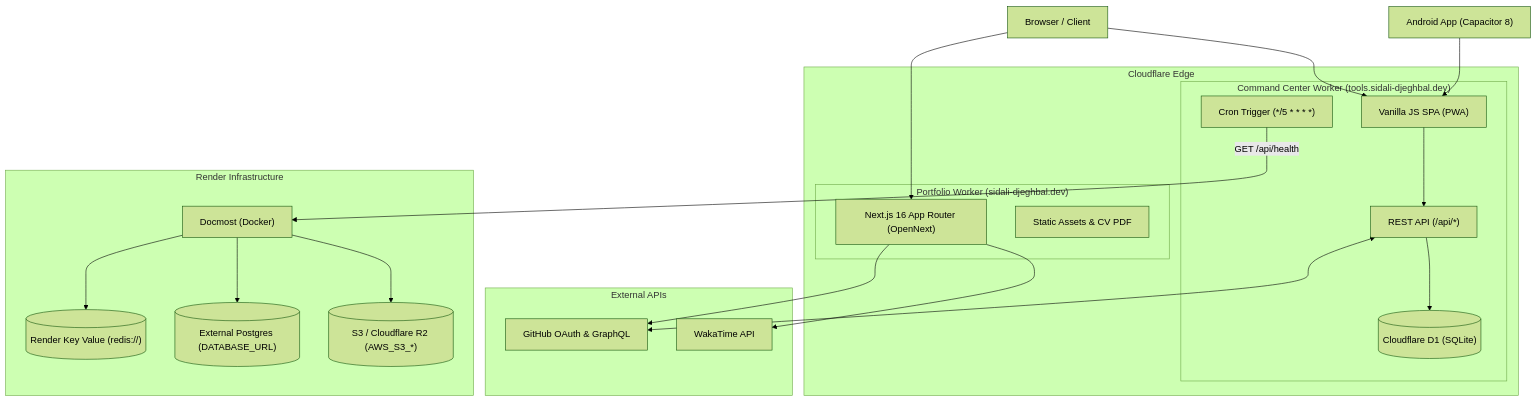
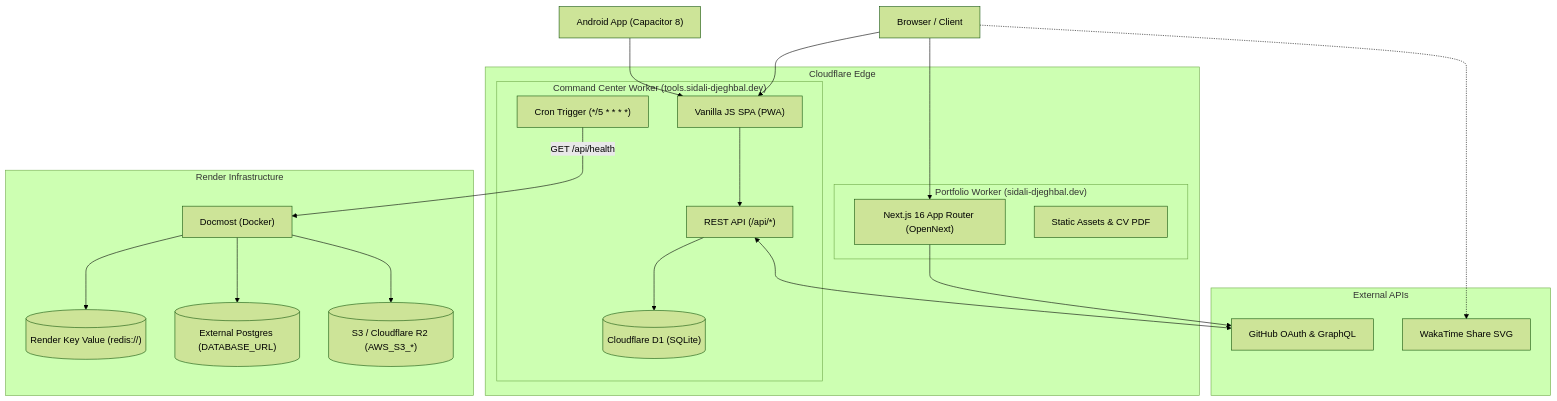
One commit to Sidali-Djeghbal/sidali changed the diagram in README.md. Above: the diagram before and after it, drawn with Mermaid (forest theme). The commit also changed other lines of this file and 12 other files, not shown here.

Commit message:
feat(stats): embed public WakaTime SVG and harden analytics config

````diff
--- a/README.md
+++ b/README.md
@@ -25,47 +25,47 @@
 ```mermaid
 flowchart TD
     Browser["Browser / Client"]
     Phone["Android App (Capacitor 8)"]
 
     subgraph Cloudflare["Cloudflare Edge"]
         subgraph Portfolio["Portfolio Worker (sidali-djeghbal.dev)"]
             Next["Next.js 16 App Router (OpenNext)"]
             Assets1["Static Assets & CV PDF"]
         end
 
         subgraph Tools["Command Center Worker (tools.sidali-djeghbal.dev)"]
             ToolsAPI["REST API (/api/*)"]
             ToolsSPA["Vanilla JS SPA (PWA)"]
             D1[("Cloudflare D1 (SQLite)")]
             Cron["Cron Trigger (*/5 * * * *)"]
         end
     end
 
     subgraph External["External APIs"]
         GitHub["GitHub OAuth & GraphQL"]
-        Waka["WakaTime API"]
+        Waka["WakaTime Share SVG"]
     end
 
     subgraph Render["Render Infrastructure"]
         Docmost["Docmost (Docker)"]
         Redis[("Render Key Value (redis://)")]
         DB[("External Postgres (DATABASE_URL)")]
         S3[("S3 / Cloudflare R2 (AWS_S3_*)")]
     end
 
     Browser --> Next
     Browser --> ToolsSPA
     Phone --> ToolsSPA
 
-    Next --> Waka
+    Browser -.-> Waka
     Next --> GitHub
 
     ToolsSPA --> ToolsAPI
     ToolsAPI --> D1
     ToolsAPI <--> GitHub
 
     Cron -->|"GET /api/health"| Docmost
     Docmost --> Redis
     Docmost --> DB
     Docmost --> S3
 ```
````
